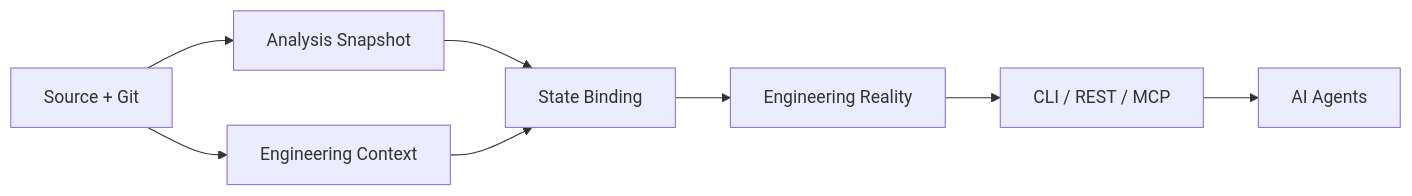
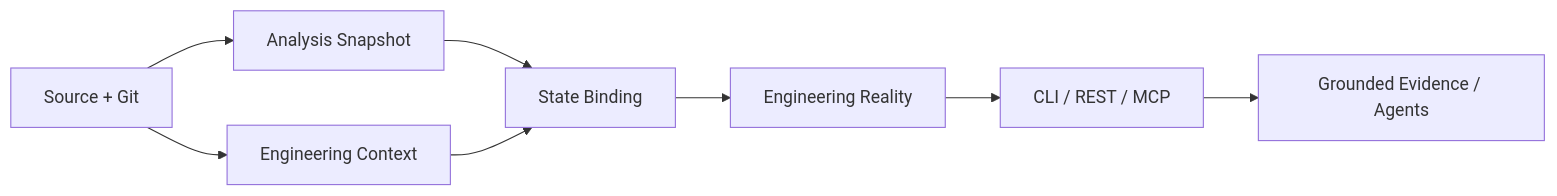
Before and after one commit to sonii-shivansh/CodeContext: the second of 3 diagrams in docs/ENGINEERING_REALITY.md, drawn with Mermaid. The commit also changed other lines of this file and 9 other files, not shown here.

````diff
--- a/docs/ENGINEERING_REALITY.md
+++ b/docs/ENGINEERING_REALITY.md
@@ -57,10 +57,10 @@
 ```mermaid
 flowchart LR
     A[Source + Git] --> B[Analysis Snapshot]
     A --> C[Engineering Context]
     B --> D[State Binding]
     C --> D
     D --> E[Engineering Reality]
     E --> F[CLI / REST / MCP]
-    F --> G[AI Agents]
+    F --> G[Grounded Evidence / Agents]
 ```
````
